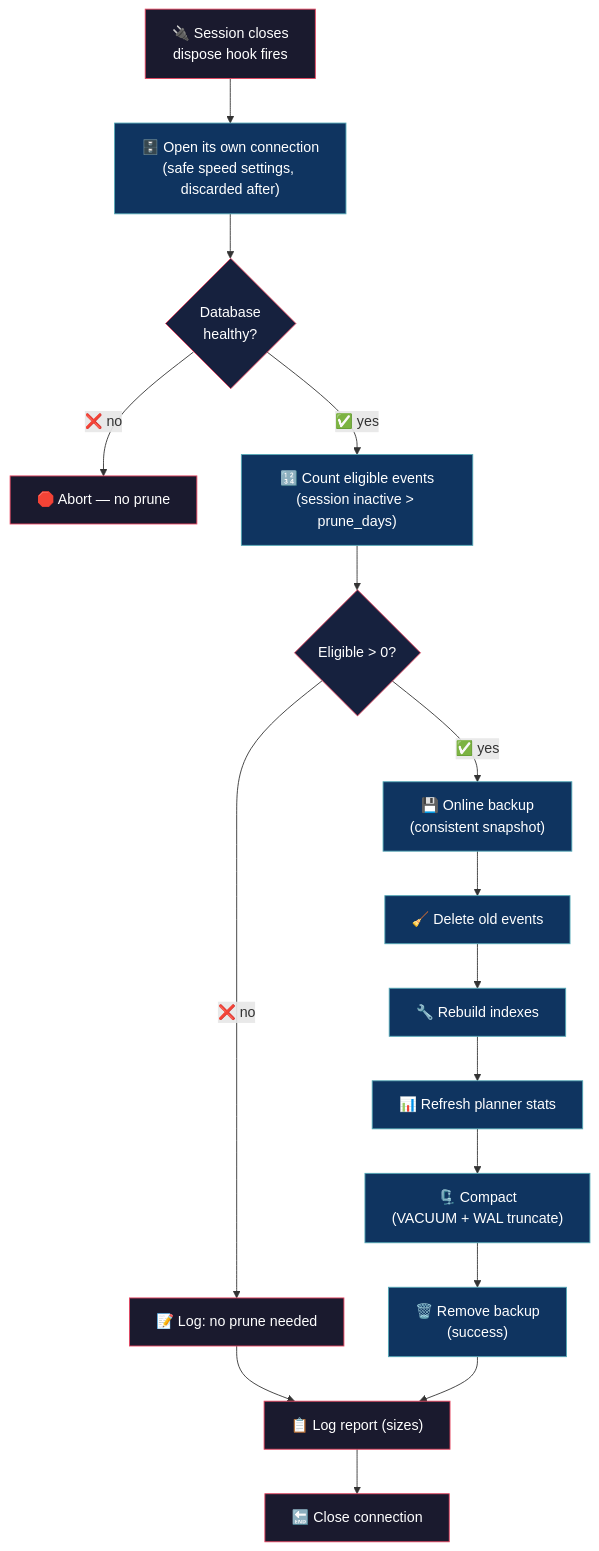
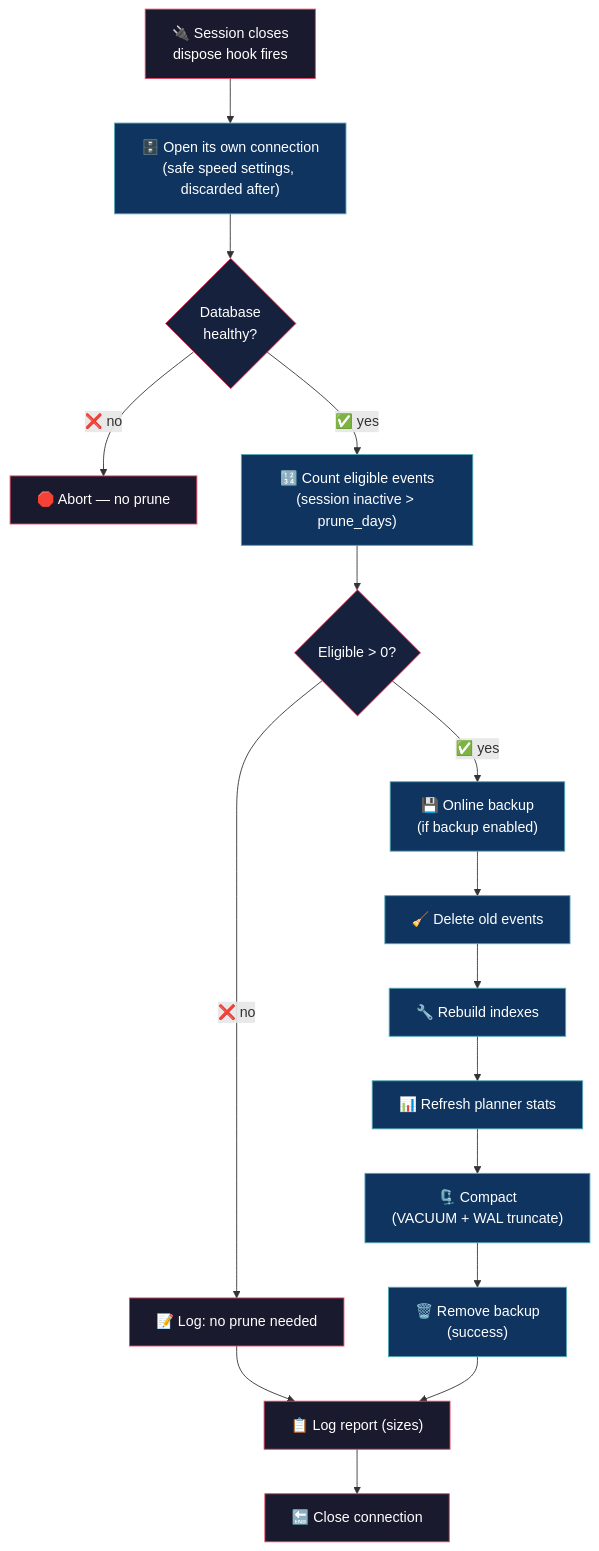
One commit to alejo54dev/opencode-db-prunetor changed the diagram in README.md. Above: the diagram before and after it, drawn with Mermaid. The commit also changed other lines of this file, not shown here.

Commit message:
docs: realistic log example (real strings and unit formats), backup conditional notes

````diff
--- a/README.md
+++ b/README.md
@@ -33,35 +33,35 @@
 ```mermaid
 flowchart TD
     A["🔌 Session closes<br/>dispose hook fires"]
     A --> B["🗄️ Open its own connection<br/>(safe speed settings, discarded after)"]
     B --> C{"Database<br/>healthy?"}
     C -->|"❌ no"| Z["🛑 Abort — no prune"]
     C -->|"✅ yes"| D["🔢 Count eligible events<br/>(session inactive > prune_days)"]
     D --> E{"Eligible > 0?"}
     E -->|"❌ no"| R["📝 Log: no prune needed"]
-    E -->|"✅ yes"| F["💾 Online backup<br/>(consistent snapshot)"]
+    E -->|"✅ yes"| F["💾 Online backup<br/>(if backup enabled)"]
     F --> G["🧹 Delete old events"]
     G --> H["🔧 Rebuild indexes"]
     H --> I["📊 Refresh planner stats"]
     I --> M["🗜️ Compact<br/>(VACUUM + WAL truncate)"]
     M --> L["🗑️ Remove backup<br/>(success)"]
     R --> J["📋 Log report (sizes)"]
     L --> J
     J --> K["🔚 Close connection"]
 
     style A fill:#1a1a2e,stroke:#e94560,color:#fff
     style B fill:#0f3460,stroke:#53a8b6,color:#fff
     style C fill:#16213e,stroke:#e94560,color:#fff
     style D fill:#0f3460,stroke:#53a8b6,color:#fff
     style E fill:#16213e,stroke:#e94560,color:#fff
     style F fill:#0f3460,stroke:#53a8b6,color:#fff
     style G fill:#0f3460,stroke:#53a8b6,color:#fff
     style H fill:#0f3460,stroke:#53a8b6,color:#fff
     style I fill:#0f3460,stroke:#53a8b6,color:#fff
     style M fill:#0f3460,stroke:#53a8b6,color:#fff
     style L fill:#0f3460,stroke:#53a8b6,color:#fff
     style J fill:#1a1a2e,stroke:#e94560,color:#fff
     style K fill:#1a1a2e,stroke:#e94560,color:#fff
     style R fill:#1a1a2e,stroke:#e94560,color:#fff
     style Z fill:#1a1a2e,stroke:#e94560,color:#fff
 ```
````
